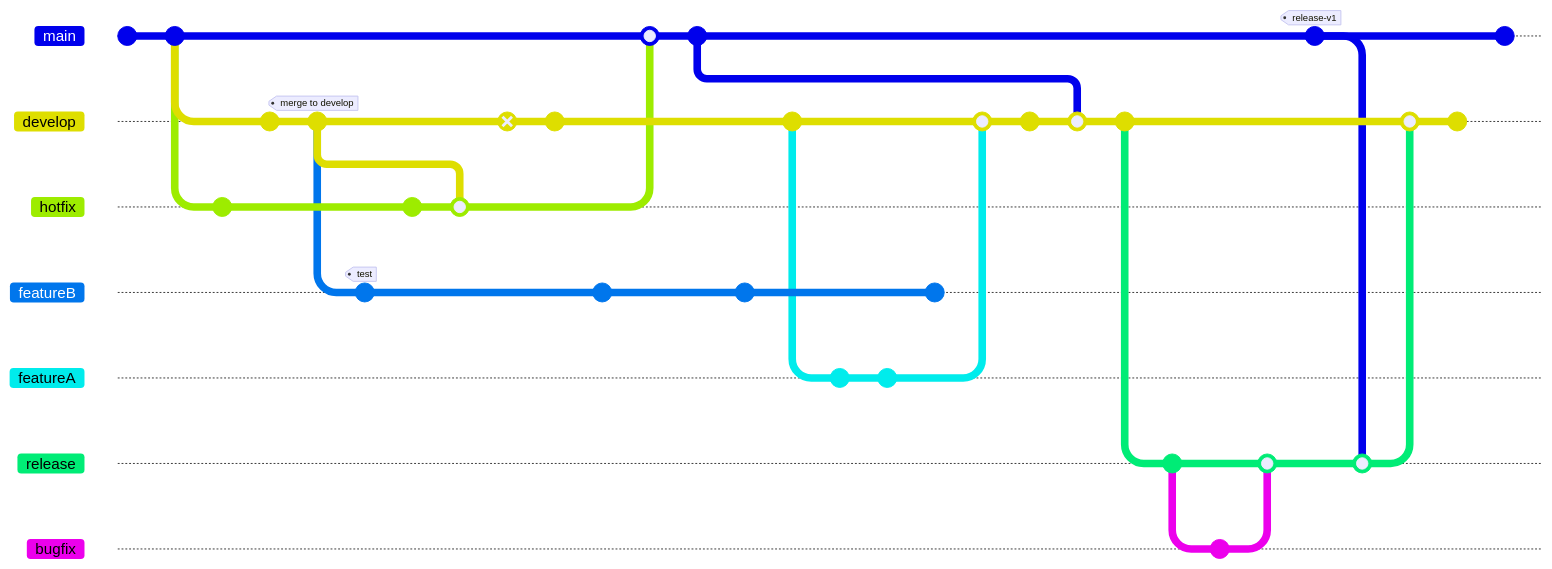
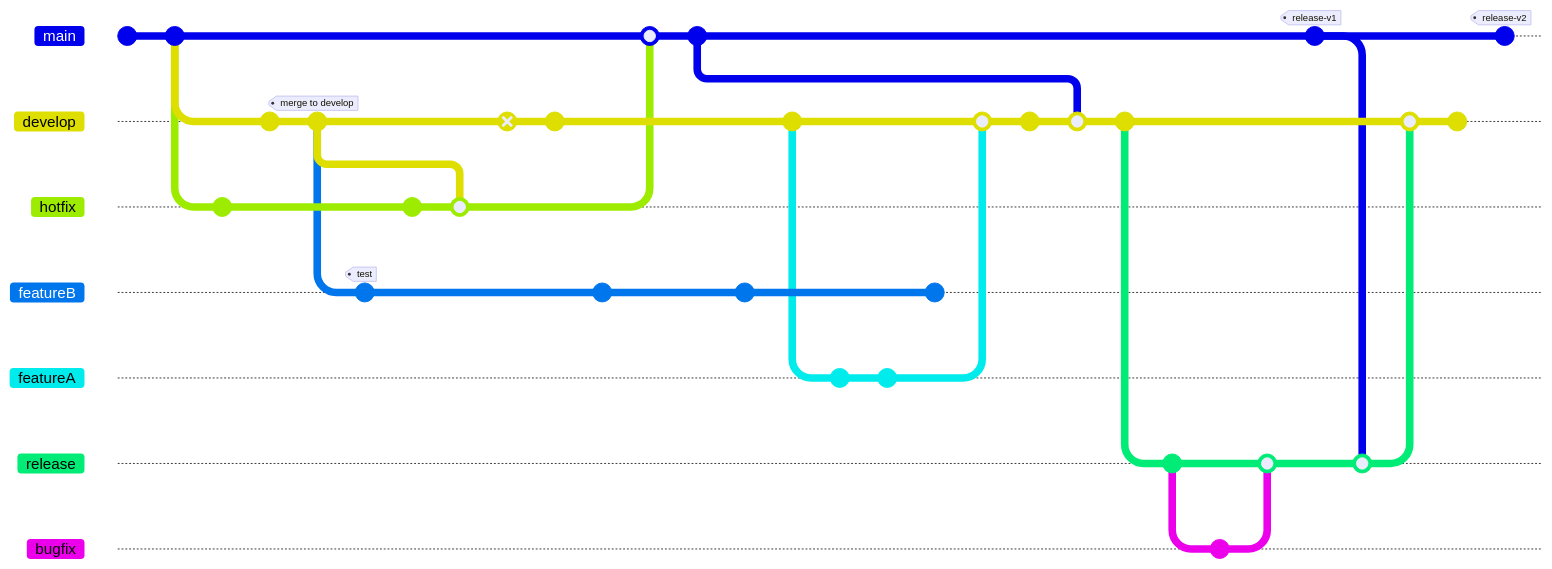
The diagram in branch.md (mevijays/training-k8s), drawn with Mermaid before and after one commit. Commit ids are hidden.

````diff
--- a/branch.md
+++ b/branch.md
@@ -2,61 +2,61 @@
  ```mermaid
        gitGraph
         commit id: "Start"
         commit id: "Branch from main"
         branch develop
         branch hotfix
         checkout hotfix
         commit
         checkout develop
         commit
         commit id:"ash" tag:"merge to develop"
         branch featureB
         checkout featureB
         commit tag:"test"
         checkout main
         checkout hotfix
         commit type:NORMAL id:"test2"
         checkout hotfix
         merge develop
         checkout develop
         commit type:REVERSE
         commit id:"vijay"
         checkout featureB
         commit
         checkout main
         merge hotfix
         commit
         checkout featureB
         commit
         checkout develop
         commit
         branch featureA
         commit
         checkout featureA
         commit
         checkout featureB
         commit
         checkout develop
         merge featureA
         commit id:"merge to main"
         checkout develop
         merge main
         commit
         branch release
         checkout release
         commit
         branch bugfix
         checkout bugfix
         commit
         checkout release
         merge bugfix
         checkout main
         commit id:"release-v1" tag:"release-v1"
         checkout release
         merge main
         checkout develop
         merge release
         commit
         checkout main
-        commit
+        commit id:"releasev2" tag:"release-v2"
  ```
````
